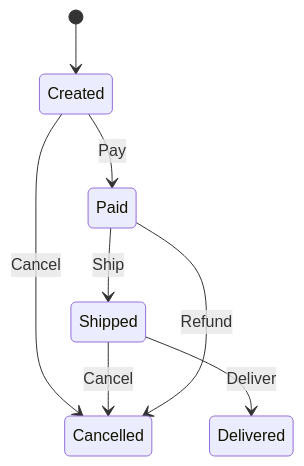
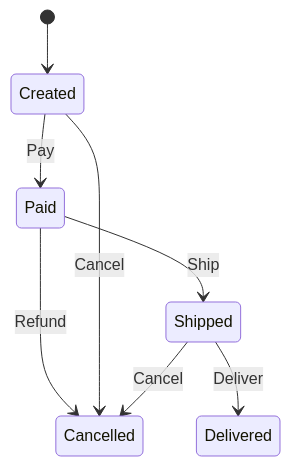
One commit to kookyleo/yasm changed the diagram in examples/docs/order_state_machine.mermaid. Above: the diagram before and after it, drawn with Mermaid. The commit also changed other lines of this file and 5 other files, not shown here.

```diff
--- a/examples/docs/order_state_machine.mermaid
+++ b/examples/docs/order_state_machine.mermaid
@@ -1,8 +1,8 @@
 stateDiagram-v2
     [*] --> Created
     Created --> Paid : Pay
+    Paid --> Cancelled : Refund
     Created --> Cancelled : Cancel
+    Shipped --> Delivered : Deliver
+    Shipped --> Cancelled : Cancel
     Paid --> Shipped : Ship
-    Shipped --> Cancelled : Cancel
-    Shipped --> Delivered : Deliver
-    Paid --> Cancelled : Refund
```
